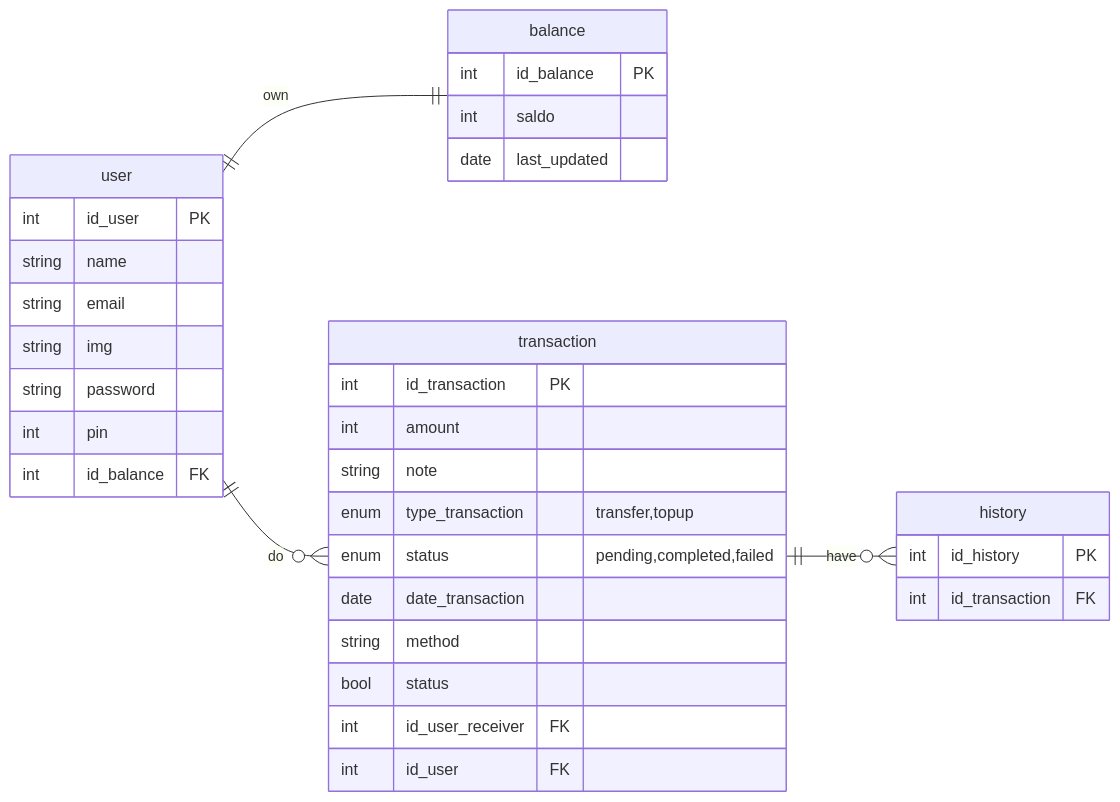
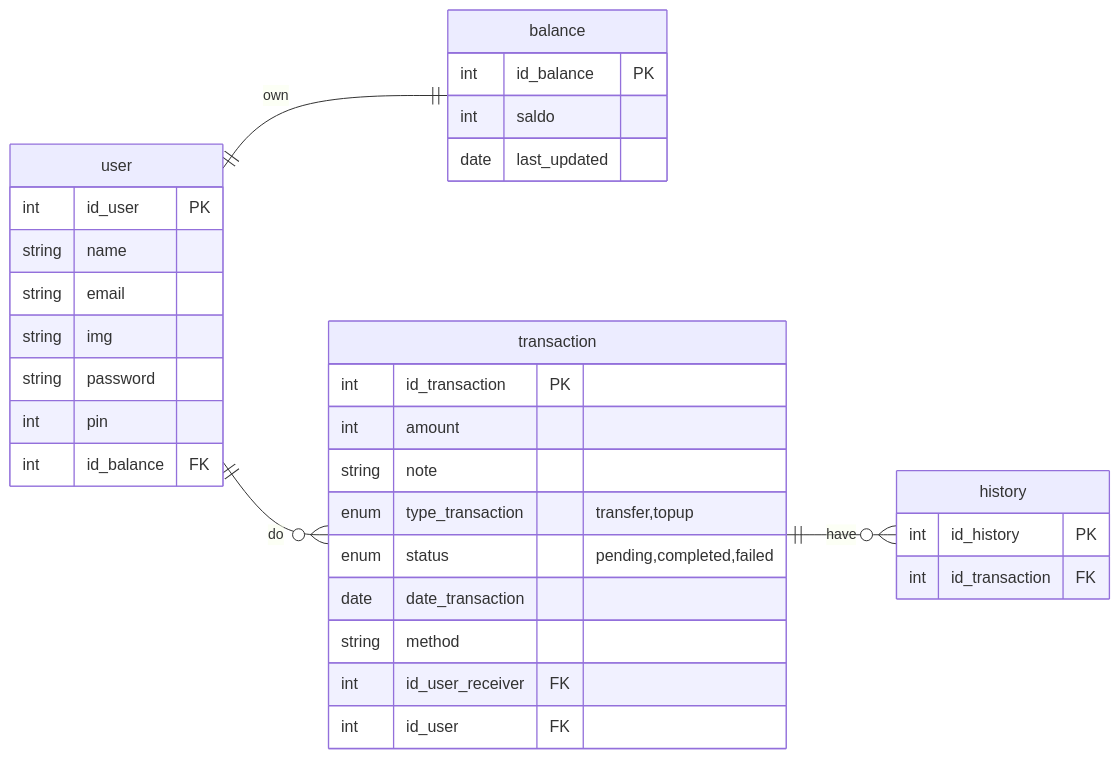
One commit to HN721/fgo24-db-ewallet changed the diagram in readme.md. Above: the diagram before and after it, drawn with Mermaid.

````diff
--- a/readme.md
+++ b/readme.md
@@ -3,44 +3,44 @@
 ```mermaid
 erDiagram
 direction LR
     user ||--|| balance : own
  user ||--o{ transaction : do
     transaction ||--o{ history : have
 
     user {
         int id_user PK
         string name
         string email
         string img
         string password
         int pin
         int id_balance FK
     }
 
     balance {
         int id_balance PK
         int saldo
         date last_updated
     }
 
 
     transaction {
         int id_transaction PK
         int amount
         string note
         enum type_transaction "transfer,topup"
         enum status "pending,completed,failed"
         date date_transaction
         string method
-        bool status
+
         int id_user_receiver FK
         int id_user FK
     }
 
     history {
         int id_history PK
         int id_transaction FK
     }
 
 
 ```
````
